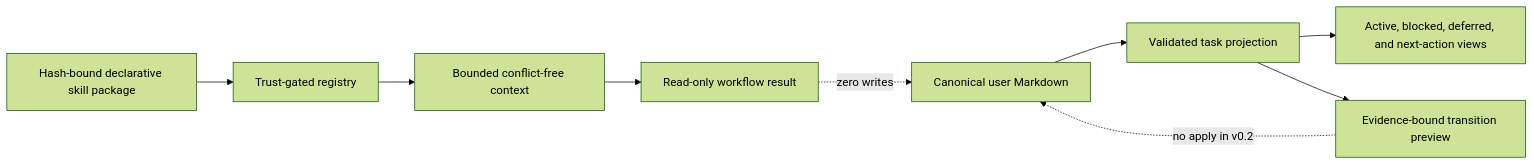
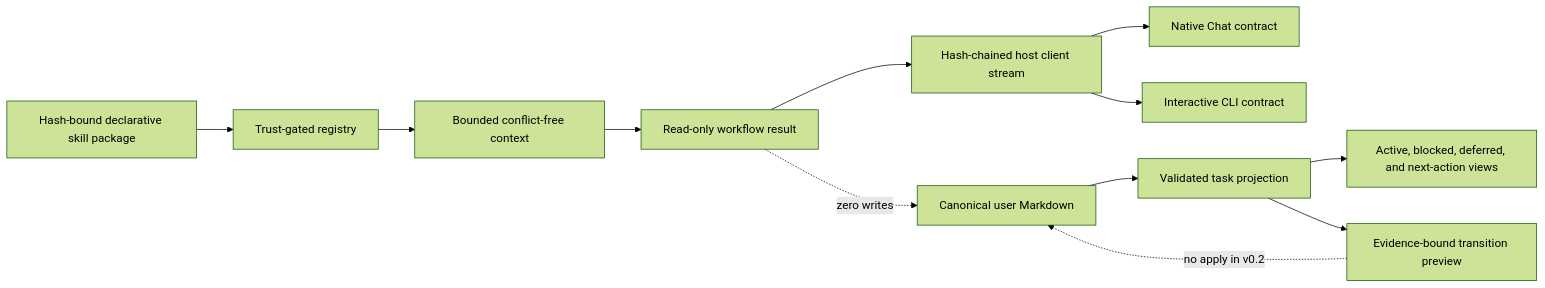
Before and after one commit to AaronNHorvitz/AgentMage: the diagram in docs/architecture/knowledge-tasks-and-declarative-skills.md, drawn with Mermaid (forest theme). The commit also changed other lines of this file and 13 other files, not shown here.

````diff
--- a/docs/architecture/knowledge-tasks-and-declarative-skills.md
+++ b/docs/architecture/knowledge-tasks-and-declarative-skills.md
@@ -9,11 +9,14 @@
 ```mermaid
 flowchart LR
     M["Canonical user Markdown"] --> T["Validated task projection"]
     T --> V["Active, blocked, deferred, and next-action views"]
     T --> P["Evidence-bound transition preview"]
     P -. "no apply in v0.2" .-> M
     S["Hash-bound declarative skill package"] --> R["Trust-gated registry"]
     R --> C["Bounded conflict-free context"]
     C --> W["Read-only workflow result"]
+    W --> H["Hash-chained host client stream"]
+    H --> N["Native Chat contract"]
+    H --> L["Interactive CLI contract"]
     W -. "zero writes" .-> M
 ```
````
